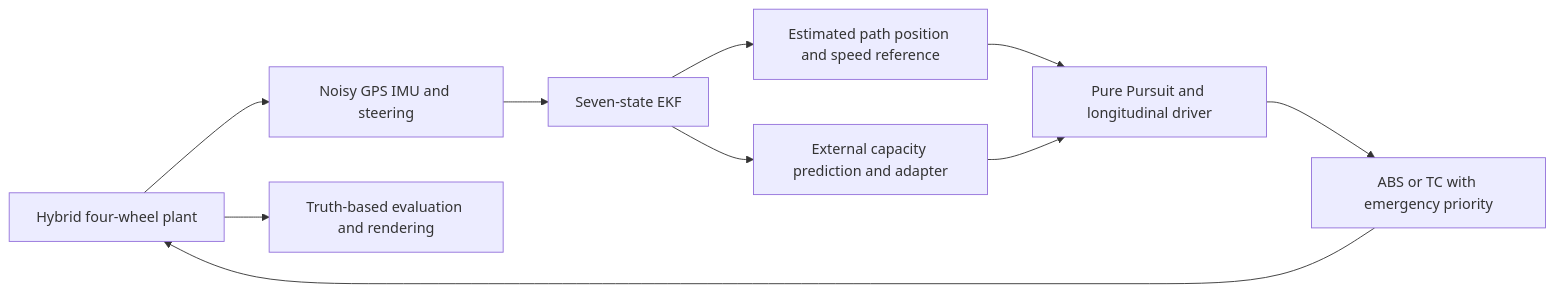
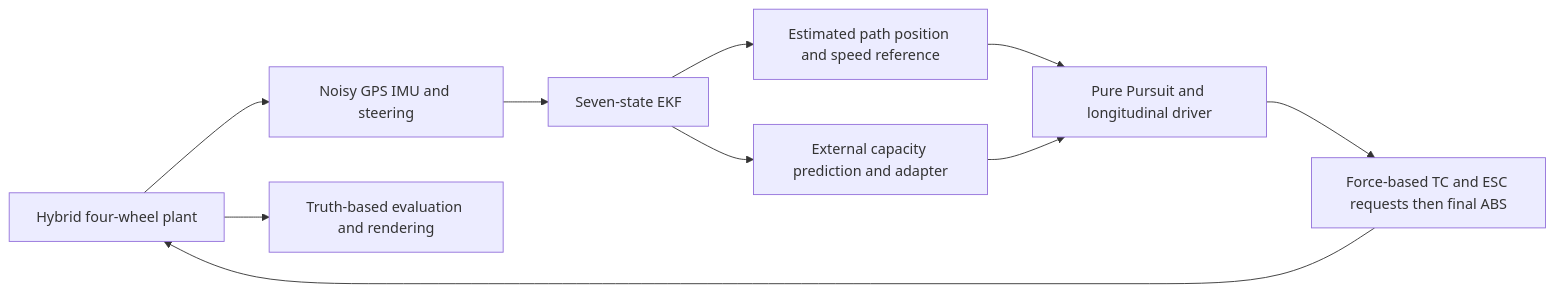
One commit to Horacio135/Vehicle-Control-Systems changed the diagram in PROJECT/README.md. Above: the diagram before and after it, drawn with Mermaid. The commit also changed other lines of this file and 72 other files, not shown here.

````diff
--- a/PROJECT/README.md
+++ b/PROJECT/README.md
@@ -51,12 +51,12 @@
 ```mermaid
 flowchart LR
     F[Hybrid four-wheel plant] --> S[Noisy GPS IMU and steering]
     S --> E[Seven-state EKF]
     E --> R[Estimated path position and speed reference]
     E --> A[External capacity prediction and adapter]
     R --> C[Pure Pursuit and longitudinal driver]
     A --> C
-    C --> L[ABS or TC with emergency priority]
+    C --> L[Force-based TC and ESC requests then final ABS]
     L --> F
     F --> V[Truth-based evaluation and rendering]
 ```
````
